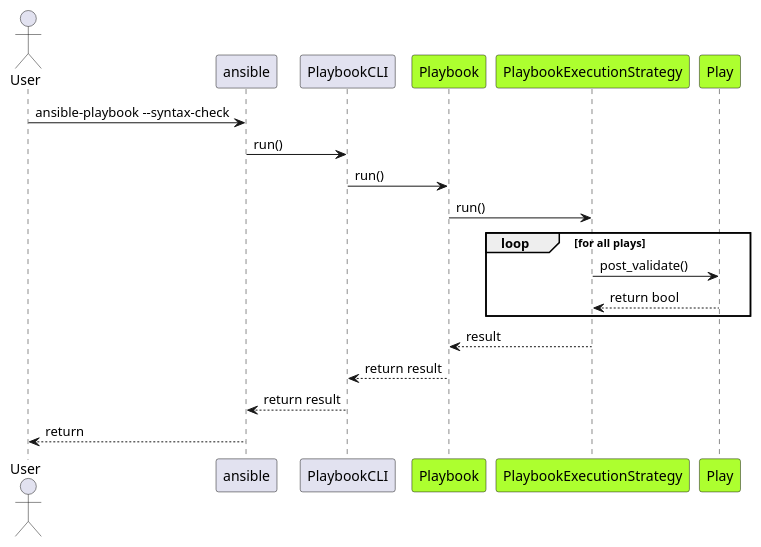
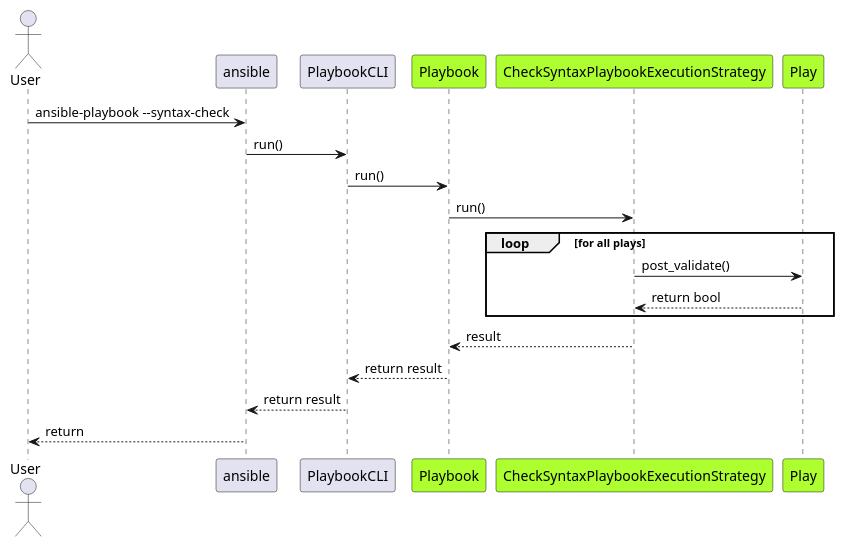
The diagram in project/uml/SequenceDiagram/SyntaxCheck_Revised.puml (ezequiels/nazz), drawn with PlantUML before and after one commit. The commit also changed 1 other file, not shown here.

Commit message:
Use CheckSyntax strategy in check syntax sequence. Add Domain Layer Classes diagram.

```diff
--- a/project/uml/SequenceDiagram/SyntaxCheck_Revised.puml
+++ b/project/uml/SequenceDiagram/SyntaxCheck_Revised.puml
@@ -1,18 +1,18 @@
 @startuml
 actor User
 User->ansible: ansible-playbook --syntax-check
 ansible->PlaybookCLI: run()
 participant Playbook #GreenYellow
-participant PlaybookExecutionStrategy #GreenYellow
+participant CheckSyntaxPlaybookExecutionStrategy #GreenYellow
 participant Play #GreenYellow
 PlaybookCLI->Playbook:run()
-Playbook->PlaybookExecutionStrategy:run()
+Playbook->CheckSyntaxPlaybookExecutionStrategy:run()
 loop for all plays
-    PlaybookExecutionStrategy->Play: post_validate()
-    Play-->PlaybookExecutionStrategy: return bool
+    CheckSyntaxPlaybookExecutionStrategy->Play: post_validate()
+    Play-->CheckSyntaxPlaybookExecutionStrategy: return bool
 end
-PlaybookExecutionStrategy --> Playbook: result
+CheckSyntaxPlaybookExecutionStrategy --> Playbook: result
 Playbook-->PlaybookCLI: return result
 PlaybookCLI-->ansible: return result
 ansible-->User: return
 @enduml
```
